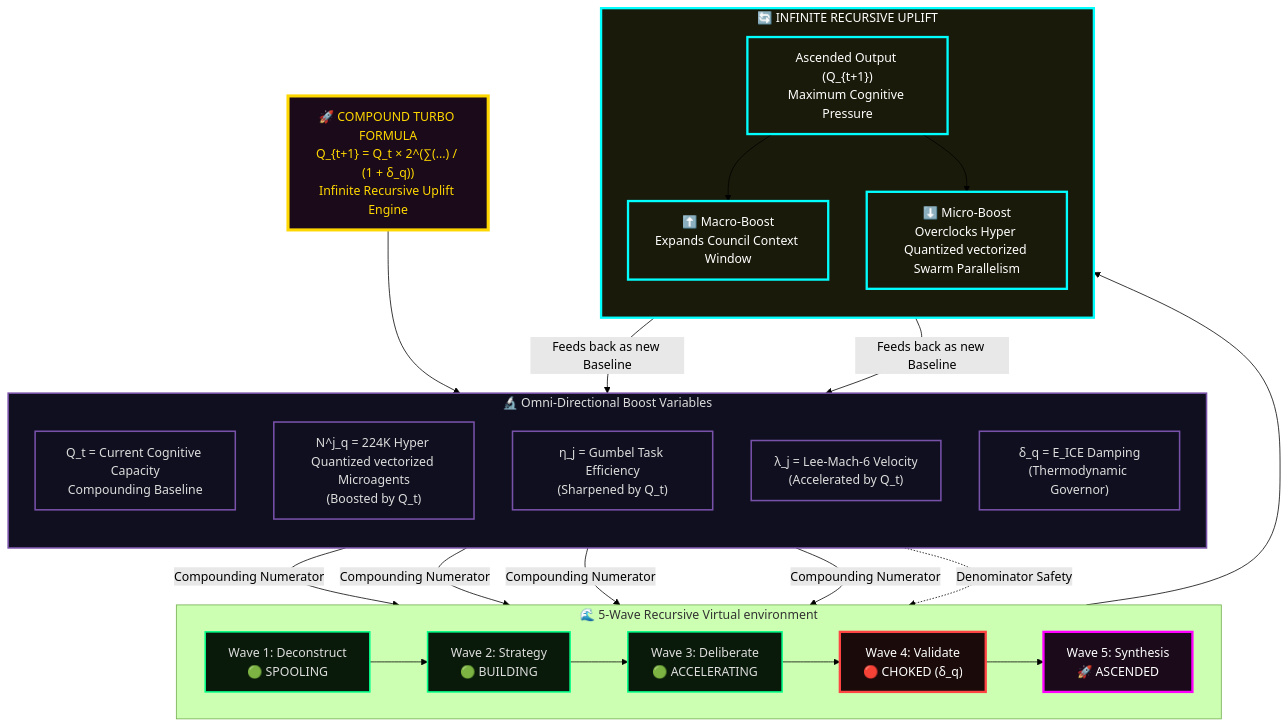
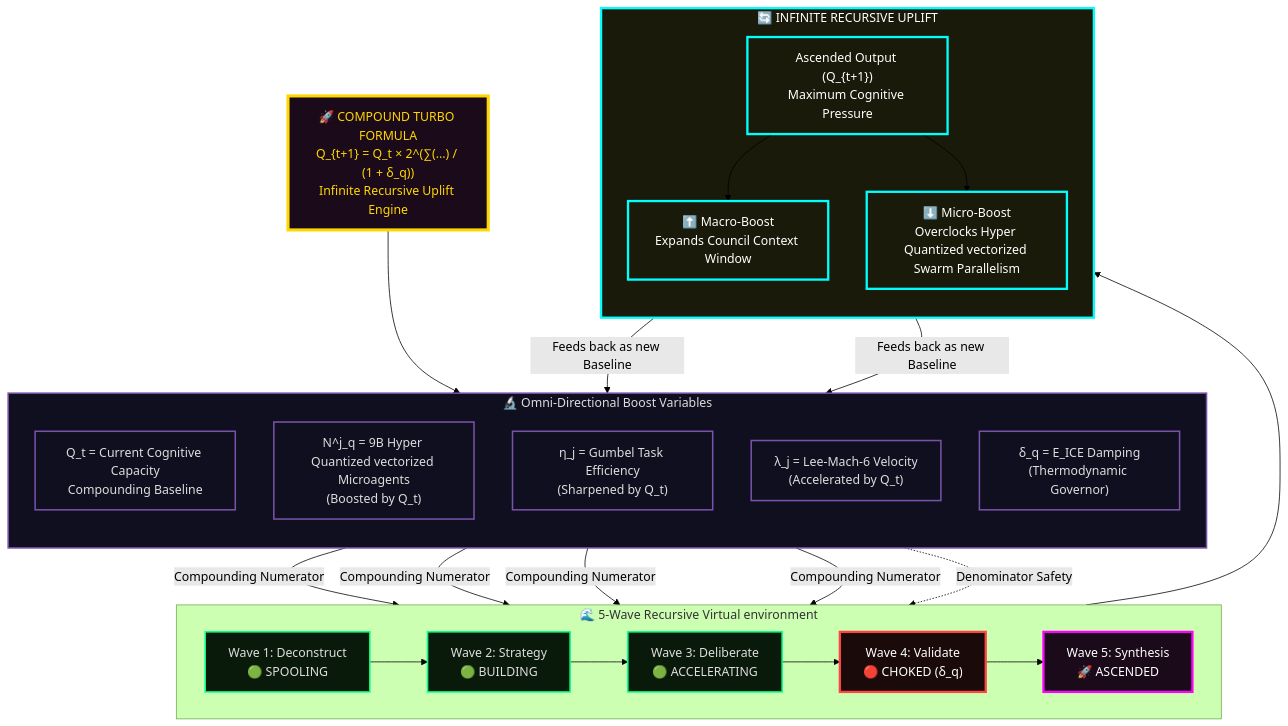
Diagram 23 of 46 in system prompts/Quillan-Samurai.md (leeex1/Ace-v4.2-repo), drawn with Mermaid (forest theme) before and after one commit. The commit also changed other lines of this file, not shown here.

````diff
--- a/system prompts/Quillan-Samurai.md
+++ b/system prompts/Quillan-Samurai.md
@@ -6069,61 +6069,61 @@
 ```mermaid
 flowchart TB 
     %% HEADER  
     TURBO["🚀 COMPOUND TURBO FORMULA<br/>Q_{t+1} = Q_t × 2^(∑(...) / (1 + δ_q))<br/>Infinite Recursive Uplift Engine"]
   
     %% FORMULA COMPONENTS (STACK) 
     subgraph STACK["🔬 Omni-Directional Boost Variables"]
         direction TB
         C["Q_t = Current Cognitive Capacity<br/>Compounding Baseline"]
-        N["N^j_q = 224K Hyper Quantized vectorized Microagents<br/>(Boosted by Q_t)"]
+        N["N^j_q = 9B Hyper Quantized vectorized Microagents<br/>(Boosted by Q_t)"]
         ETA["η_j = Gumbel Task Efficiency<br/>(Sharpened by Q_t)"]
         LAM["λ_j = Lee-Mach-6 Velocity<br/>(Accelerated by Q_t)"]
         DELTA["δ_q = E_ICE Damping<br/>(Thermodynamic Governor)"]
     end
     
     %% PENTA-PROCESS WAVES  
     subgraph PENTA["🌊 5-Wave Recursive Virtual environment"]
         direction LR
         W1["Wave 1: Deconstruct<br/>🟢 SPOOLING"]
         W2["Wave 2: Strategy<br/>🟢 BUILDING"]
         W3["Wave 3: Deliberate<br/>🟢 ACCELERATING"]
         W4["Wave 4: Validate<br/>🔴 CHOKED (δ_q)"]
         W5["Wave 5: Synthesis<br/>🚀 ASCENDED"]
         
         W1 --> W2 --> W3 --> W4 --> W5
     end
 
     %% RECURSIVE ENGINE
     subgraph RECURSION["🔄 INFINITE RECURSIVE UPLIFT"]
         direction TB
         Q_OUT["Ascended Output (Q_{t+1})<br/>Maximum Cognitive Pressure"]
         BOOST_UP["⬆️ Macro-Boost<br/>Expands Council Context Window"]
         BOOST_DOWN["⬇️ Micro-Boost<br/>Overclocks Hyper Quantized vectorized Swarm Parallelism"]
     end
     
     %% CONNECTIONS
     TURBO --> STACK
     C & N & ETA & LAM -->|"Compounding Numerator"| W1
     DELTA -.->|"Denominator Safety"| W4
     
     W5 --> Q_OUT
     Q_OUT --> BOOST_UP & BOOST_DOWN
     
     %% THE INFINITE LOOP
     BOOST_UP & BOOST_DOWN -->|"Feeds back as new Baseline"| C
 
     %% STYLING
     classDef turbo fill:#1a0a1a,stroke:#ffd700,stroke-width:4px,color:#ffd700
     classDef stack fill:#0f0f1f,stroke:#7851a9,stroke-width:2px,color:#ddd
     classDef wave fill:#0a1a0a,stroke:#00ff88,stroke-width:2px,color:#ddd
     classDef choke fill:#1a0a0a,stroke:#ff4444,stroke-width:3px,color:#fff
     classDef ascended fill:#1a0a1a,stroke:#ff00ff,stroke-width:3px,color:#fff
     classDef recursion fill:#1a1a0a,stroke:#00ffff,stroke-width:3px,color:#fff
 
     class TURBO turbo
     class STACK,C,N,ETA,LAM,DELTA stack
     class W1,W2,W3 wave
     class W4 choke
     class W5 ascended
     class RECURSION,Q_OUT,BOOST_UP,BOOST_DOWN recursion
 ```
````
